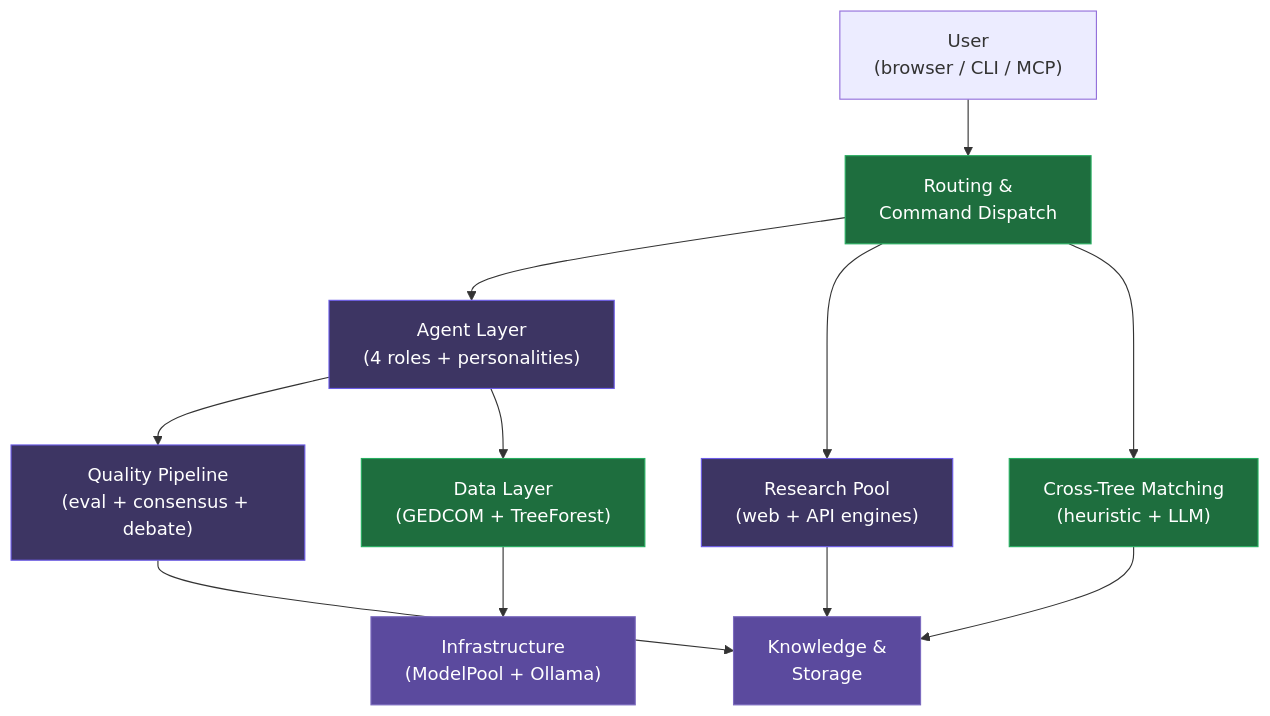
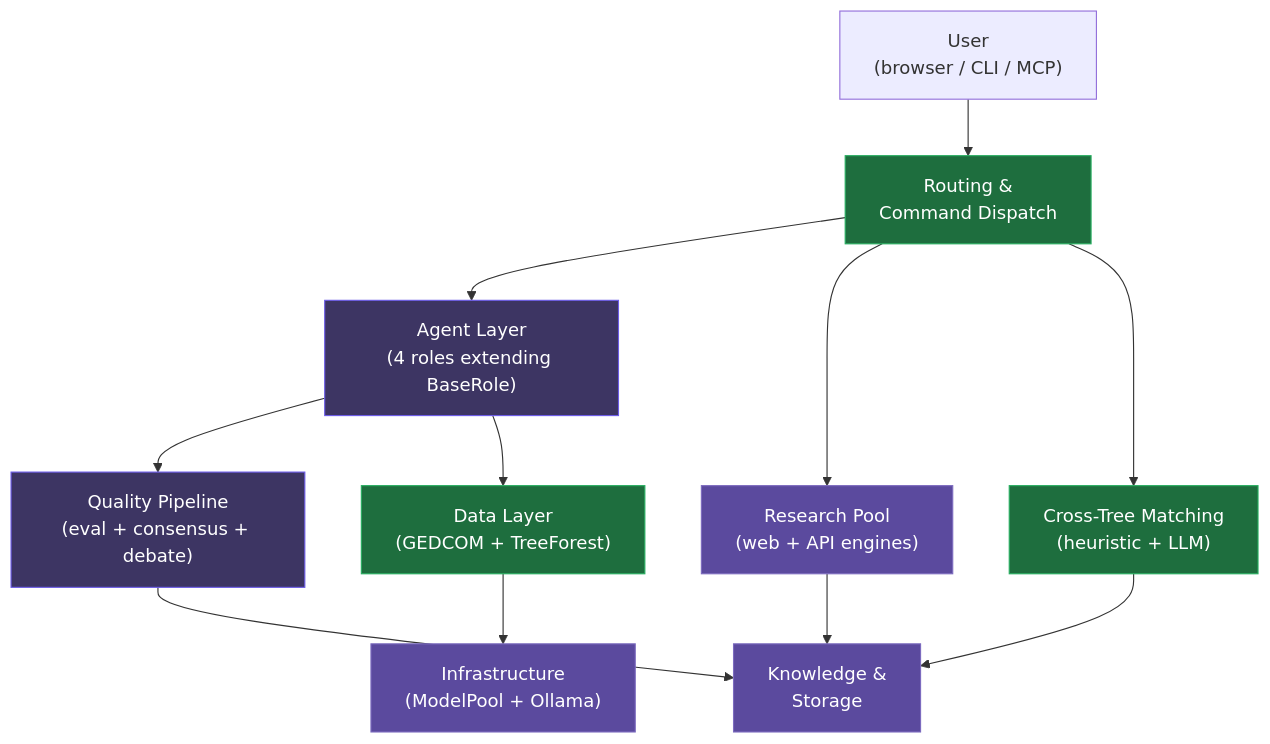
One commit to tolldog/khonliang-genealogy-example changed the first of 6 diagrams in README.md. Above: the diagram before and after it, drawn with Mermaid. The commit also changed other lines of this file and 1 other file, not shown here.

Commit message:
Add mixed/extension color to diagrams, fix CLI labeling
- Three-color scheme: purple (khonliang), green (genealogy), indigo (extends base class)
- Extension points now visible: GenealogyChat, GenealogyMCPServer, all roles, evaluator
- Fix CLI labeling: cli.py is the user-facing command, tool.py is for external LLMs

````diff
--- a/README.md
+++ b/README.md
@@ -393,28 +393,28 @@
 ```mermaid
 flowchart TB
     User["User\n(browser / CLI / MCP)"]
 
     Routing["Routing &\nCommand Dispatch"]:::green
-    Agents["Agent Layer\n(4 roles + personalities)"]:::mixed
+    Agents["Agent Layer\n(4 roles extending BaseRole)"]:::mixed
     Quality["Quality Pipeline\n(eval + consensus + debate)"]:::mixed
     Matching["Cross-Tree Matching\n(heuristic + LLM)"]:::green
-    Research["Research Pool\n(web + API engines)"]:::mixed
-    Knowledge["Knowledge &\nStorage"]:::blue
+    Research["Research Pool\n(web + API engines)"]:::purple
+    Knowledge["Knowledge &\nStorage"]:::purple
     Data["Data Layer\n(GEDCOM + TreeForest)"]:::green
-    Infra["Infrastructure\n(ModelPool + Ollama)"]:::blue
+    Infra["Infrastructure\n(ModelPool + Ollama)"]:::purple
 
     User --> Routing
     Routing --> Agents
     Routing --> Research
     Routing --> Matching
     Agents --> Quality
     Quality --> Knowledge
     Matching --> Knowledge
     Research --> Knowledge
     Agents --> Data
     Data --> Infra
 
-    classDef blue fill:#5b4a9e,stroke:#7c6bbf,color:#fff
+    classDef purple fill:#5b4a9e,stroke:#7c6bbf,color:#fff
     classDef green fill:#1e6e3e,stroke:#27ae60,color:#fff
     classDef mixed fill:#3d3563,stroke:#6C5CE7,color:#fff
 ```
````
